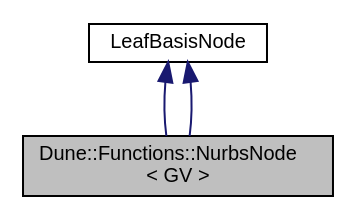
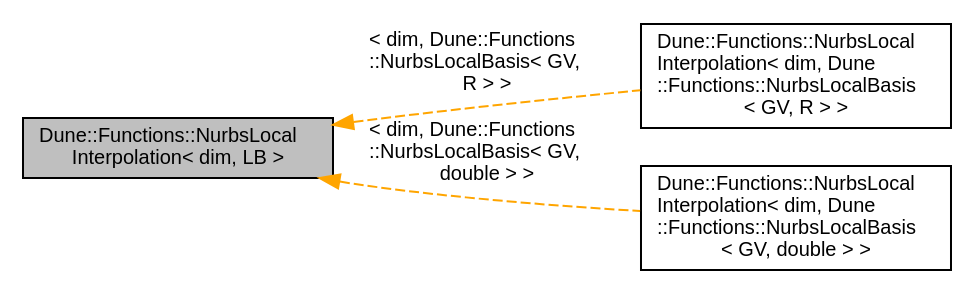
One commit to rath3t/dune-iga-doc changed the diagram in d7/d88/a01255.dot. Above: the diagram before and after it, drawn with Graphviz. The commit also changed 1206 other files, not shown here.

```diff
--- a/d7/d88/a01255.dot
+++ b/d7/d88/a01255.dot
@@ -1,10 +1,12 @@
-digraph "Dune::Functions::NurbsNode&lt; GV &gt;"
+digraph "Dune::Functions::NurbsLocalInterpolation&lt; dim, LB &gt;"
 {
  // LATEX_PDF_SIZE
   edge [fontname="Helvetica",fontsize="10",labelfontname="Helvetica",labelfontsize="10"];
   node [fontname="Helvetica",fontsize="10",shape=record];
-  Node1 [label="Dune::Functions::NurbsNode\l\< GV \>",height=0.2,width=0.4,color="black", fillcolor="grey75", style="filled", fontcolor="black",tooltip=" "];
-  Node2 -> Node1 [dir="back",color="midnightblue",fontsize="10",style="solid",fontname="Helvetica"];
-  Node2 [label="LeafBasisNode",height=0.2,width=0.4,color="black", fillcolor="white", style="filled",tooltip=" "];
-  Node2 -> Node1 [dir="back",color="midnightblue",fontsize="10",style="solid",fontname="Helvetica"];
+  rankdir="LR";
+  Node1 [label="Dune::Functions::NurbsLocal\lInterpolation\< dim, LB \>",height=0.2,width=0.4,color="black", fillcolor="grey75", style="filled", fontcolor="black",tooltip="Local interpolation in the sense of dune-localfunctions, for the B-spline basis on tensor-product gri..."];
+  Node1 -> Node2 [dir="back",color="orange",fontsize="10",style="dashed",label=" \< dim, Dune::Functions\l::NurbsLocalBasis\< GV,\l R \> \>" ,fontname="Helvetica"];
+  Node2 [label="Dune::Functions::NurbsLocal\lInterpolation\< dim, Dune\l::Functions::NurbsLocalBasis\l\< GV, R \> \>",height=0.2,width=0.4,color="black", fillcolor="white", style="filled",URL="$d6/d0f/a01256.html",tooltip=" "];
+  Node1 -> Node3 [dir="back",color="orange",fontsize="10",style="dashed",label=" \< dim, Dune::Functions\l::NurbsLocalBasis\< GV,\l double \> \>" ,fontname="Helvetica"];
+  Node3 [label="Dune::Functions::NurbsLocal\lInterpolation\< dim, Dune\l::Functions::NurbsLocalBasis\l\< GV, double \> \>",height=0.2,width=0.4,color="black", fillcolor="white", style="filled",URL="$d6/d0f/a01256.html",tooltip=" "];
 }
```
